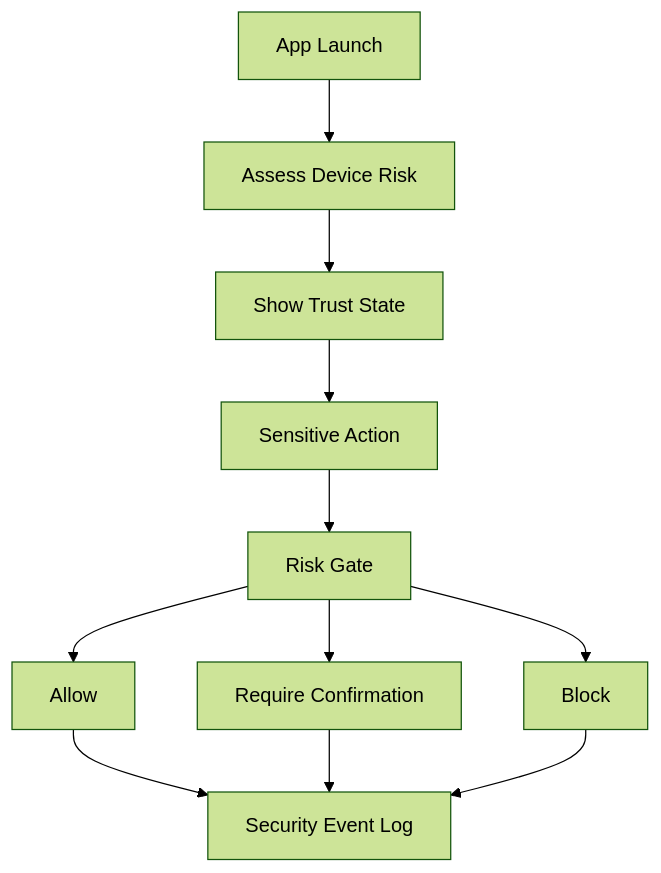
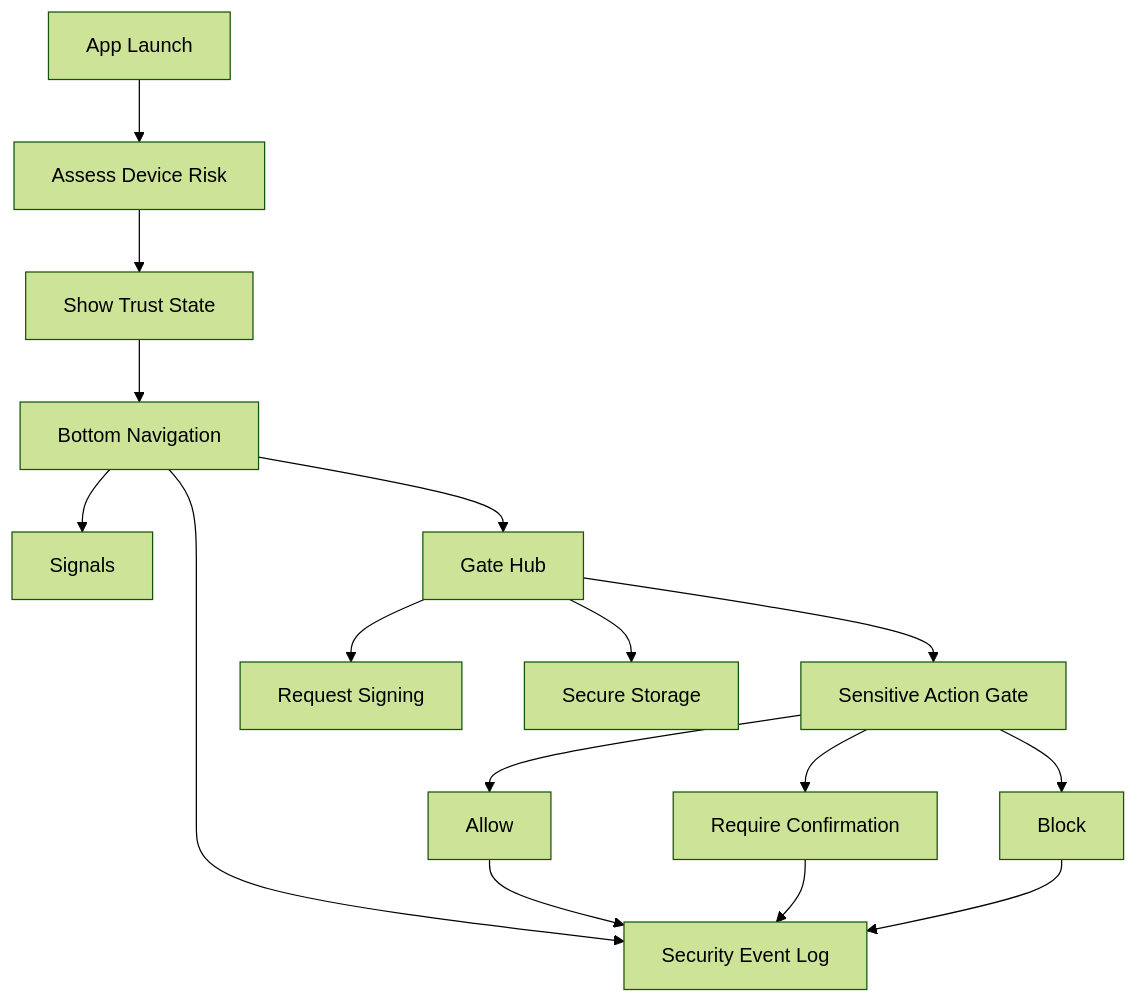
The diagram in README.md (fattah247/trustgate-android), drawn with Mermaid (forest theme) before and after one commit. The commit also changed other lines of this file and 15 other files, not shown here.

````diff
--- a/README.md
+++ b/README.md
@@ -19,13 +19,18 @@
 ```mermaid
 flowchart TD
     A[App Launch] --> B[Assess Device Risk]
     B --> C[Show Trust State]
-    C --> D[Sensitive Action]
-    D --> E[Risk Gate]
-    E --> F[Allow]
-    E --> G[Require Confirmation]
-    E --> H[Block]
-    F --> I[Security Event Log]
-    G --> I
-    H --> I
+    C --> D[Bottom Navigation]
+    D --> E[Signals]
+    D --> F[Gate Hub]
+    D --> G[Security Event Log]
+    F --> H[Sensitive Action Gate]
+    F --> I[Request Signing]
+    F --> J[Secure Storage]
+    H --> K[Allow]
+    H --> L[Require Confirmation]
+    H --> M[Block]
+    K --> G
+    L --> G
+    M --> G
 ```
````
